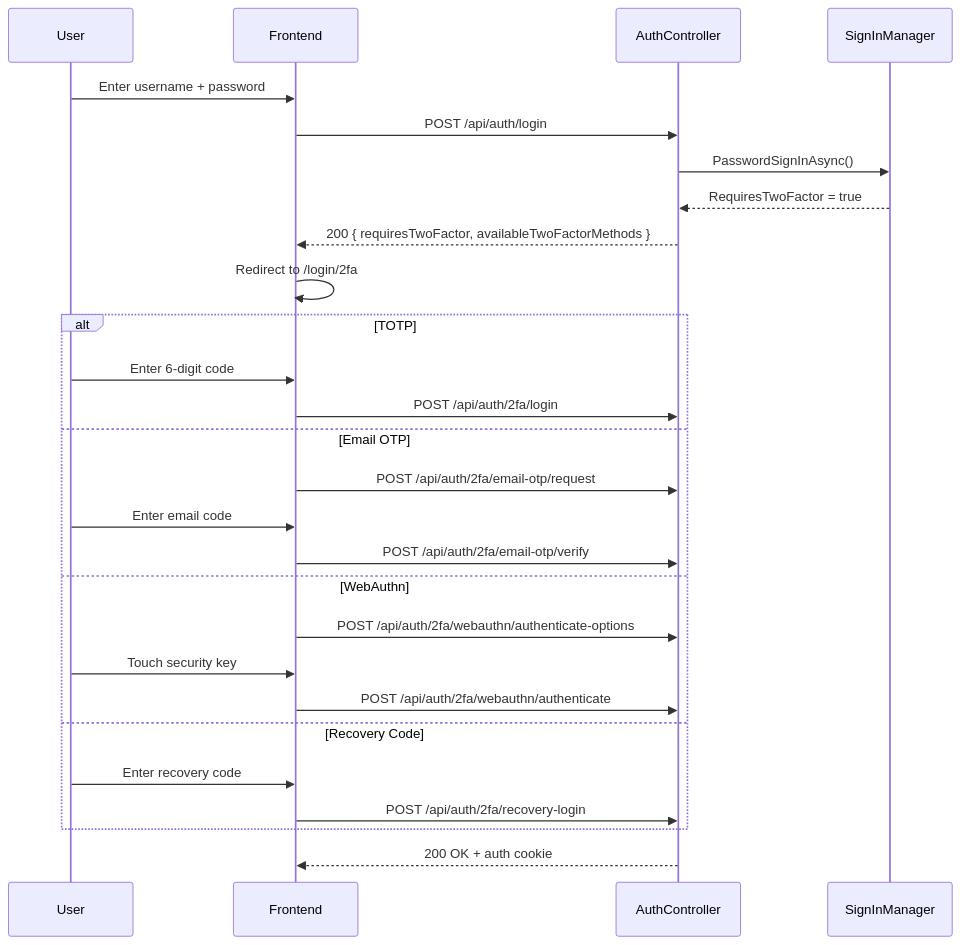
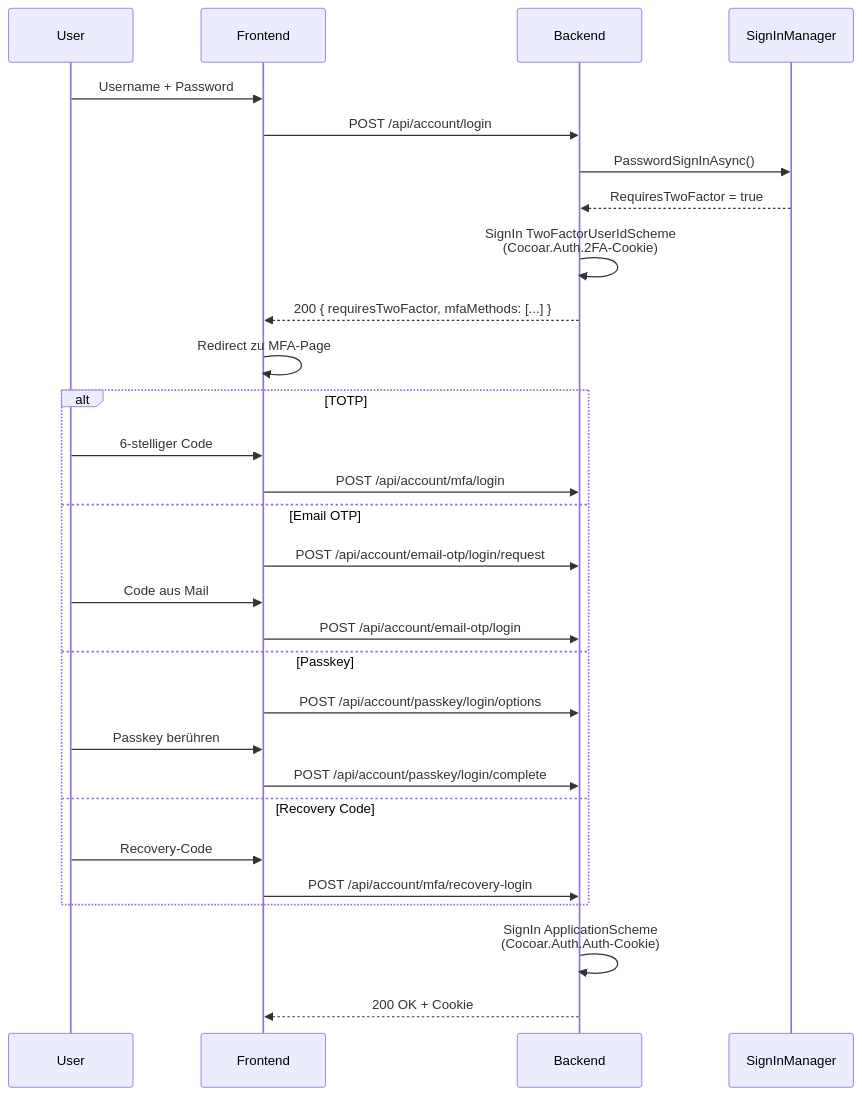
The diagram in website/guide/two-factor.md (cocoar-dev/modgud), drawn with Mermaid before and after one commit. The commit also changed other lines of this file and 48 other files, not shown here.

````diff
--- a/website/guide/two-factor.md
+++ b/website/guide/two-factor.md
@@ -7,33 +18,34 @@
 ```mermaid
 sequenceDiagram
     participant User
     participant Frontend
-    participant AuthController
+    participant Backend
     participant SignInManager
 
-    User->>Frontend: Enter username + password
-    Frontend->>AuthController: POST /api/auth/login
-    AuthController->>SignInManager: PasswordSignInAsync()
-    SignInManager-->>AuthController: RequiresTwoFactor = true
-
-    AuthController-->>Frontend: 200 { requiresTwoFactor, availableTwoFactorMethods }
-    Frontend->>Frontend: Redirect to /login/2fa
+    User->>Frontend: Username + Password
+    Frontend->>Backend: POST /api/account/login
+    Backend->>SignInManager: PasswordSignInAsync()
+    SignInManager-->>Backend: RequiresTwoFactor = true
+    Backend->>Backend: SignIn TwoFactorUserIdScheme<br/>(Cocoar.Auth.2FA-Cookie)
+    Backend-->>Frontend: 200 { requiresTwoFactor, mfaMethods: [...] }
+    Frontend->>Frontend: Redirect zu MFA-Page
 
     alt TOTP
-        User->>Frontend: Enter 6-digit code
-        Frontend->>AuthController: POST /api/auth/2fa/login
+        User->>Frontend: 6-stelliger Code
+        Frontend->>Backend: POST /api/account/mfa/login
     else Email OTP
-        Frontend->>AuthController: POST /api/auth/2fa/email-otp/request
-        User->>Frontend: Enter email code
-        Frontend->>AuthController: POST /api/auth/2fa/email-otp/verify
-    else WebAuthn
-        Frontend->>AuthController: POST /api/auth/2fa/webauthn/authenticate-options
-        User->>Frontend: Touch security key
-        Frontend->>AuthController: POST /api/auth/2fa/webauthn/authenticate
+        Frontend->>Backend: POST /api/account/email-otp/login/request
+        User->>Frontend: Code aus Mail
+        Frontend->>Backend: POST /api/account/email-otp/login
+    else Passkey
+        Frontend->>Backend: POST /api/account/passkey/login/options
+        User->>Frontend: Passkey berühren
+        Frontend->>Backend: POST /api/account/passkey/login/complete
     else Recovery Code
-        User->>Frontend: Enter recovery code
-        Frontend->>AuthController: POST /api/auth/2fa/recovery-login
+        User->>Frontend: Recovery-Code
+        Frontend->>Backend: POST /api/account/mfa/recovery-login
     end
 
-    AuthController-->>Frontend: 200 OK + auth cookie
+    Backend->>Backend: SignIn ApplicationScheme<br/>(Cocoar.Auth.Auth-Cookie)
+    Backend-->>Frontend: 200 OK + Cookie
 ```
````
